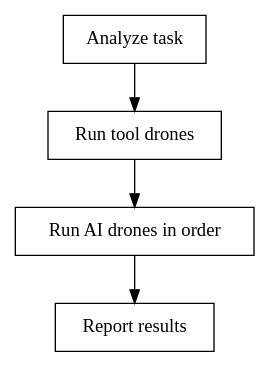
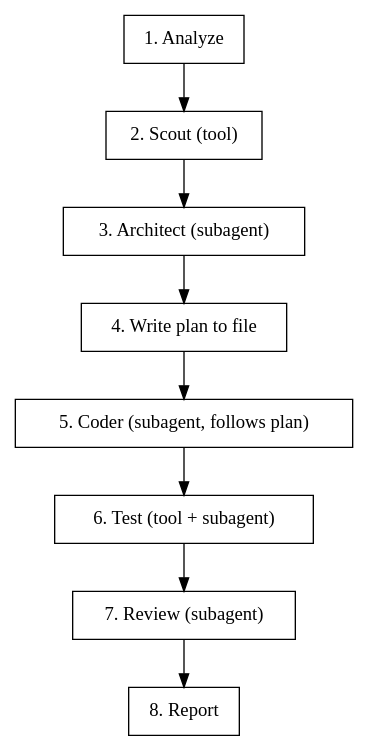
The diagram in packages/plugin/skills/swarm-run/SKILL.md (Yassin-Kassem/mission-control), drawn with Graphviz before and after one commit. The commit also changed other lines of this file, not shown here.

Commit message:
feat(plugin): rewrite skill with real subagent dispatch, file-based comms, and planning phase

````diff
--- a/packages/plugin/skills/swarm-run/SKILL.md
+++ b/packages/plugin/skills/swarm-run/SKILL.md
@@ -36,12 +26,20 @@
 ```dot
-digraph swarm_flow {
-    "Analyze task" [shape=box];
-    "Run tool drones" [shape=box];
-    "Run AI drones in order" [shape=box];
-    "Report results" [shape=box];
+digraph swarm {
+    "1. Analyze" [shape=box];
+    "2. Scout (tool)" [shape=box];
+    "3. Architect (subagent)" [shape=box];
+    "4. Write plan to file" [shape=box];
+    "5. Coder (subagent, follows plan)" [shape=box];
+    "6. Test (tool + subagent)" [shape=box];
+    "7. Review (subagent)" [shape=box];
+    "8. Report" [shape=box];
 
-    "Analyze task" -> "Run tool drones";
-    "Run tool drones" -> "Run AI drones in order";
-    "Run AI drones in order" -> "Report results";
+    "1. Analyze" -> "2. Scout (tool)";
+    "2. Scout (tool)" -> "3. Architect (subagent)";
+    "3. Architect (subagent)" -> "4. Write plan to file";
+    "4. Write plan to file" -> "5. Coder (subagent, follows plan)";
+    "5. Coder (subagent, follows plan)" -> "6. Test (tool + subagent)";
+    "6. Test (tool + subagent)" -> "7. Review (subagent)";
+    "7. Review (subagent)" -> "8. Report";
 }
 ```
````
